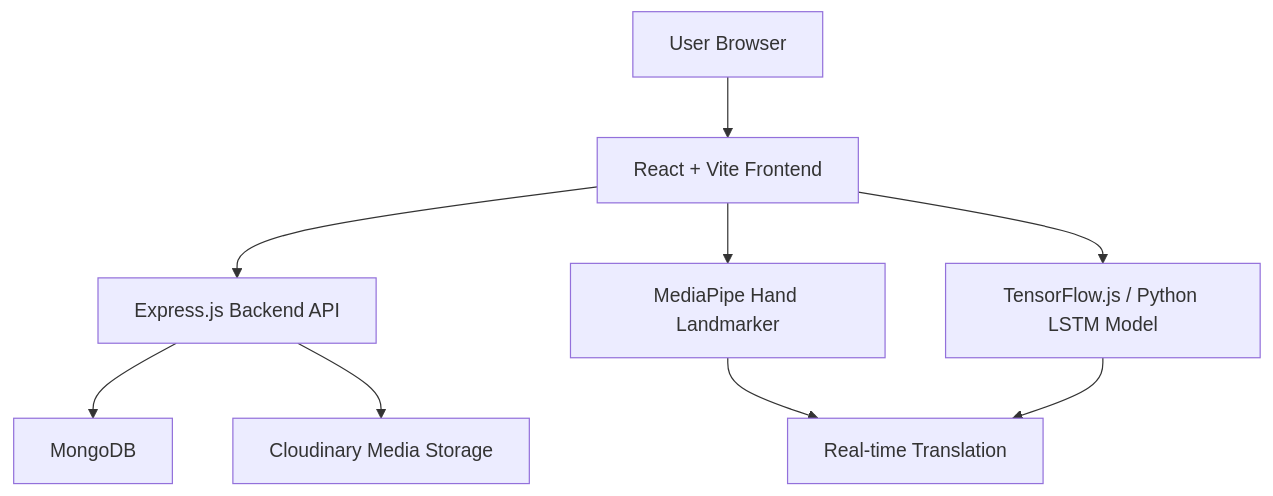
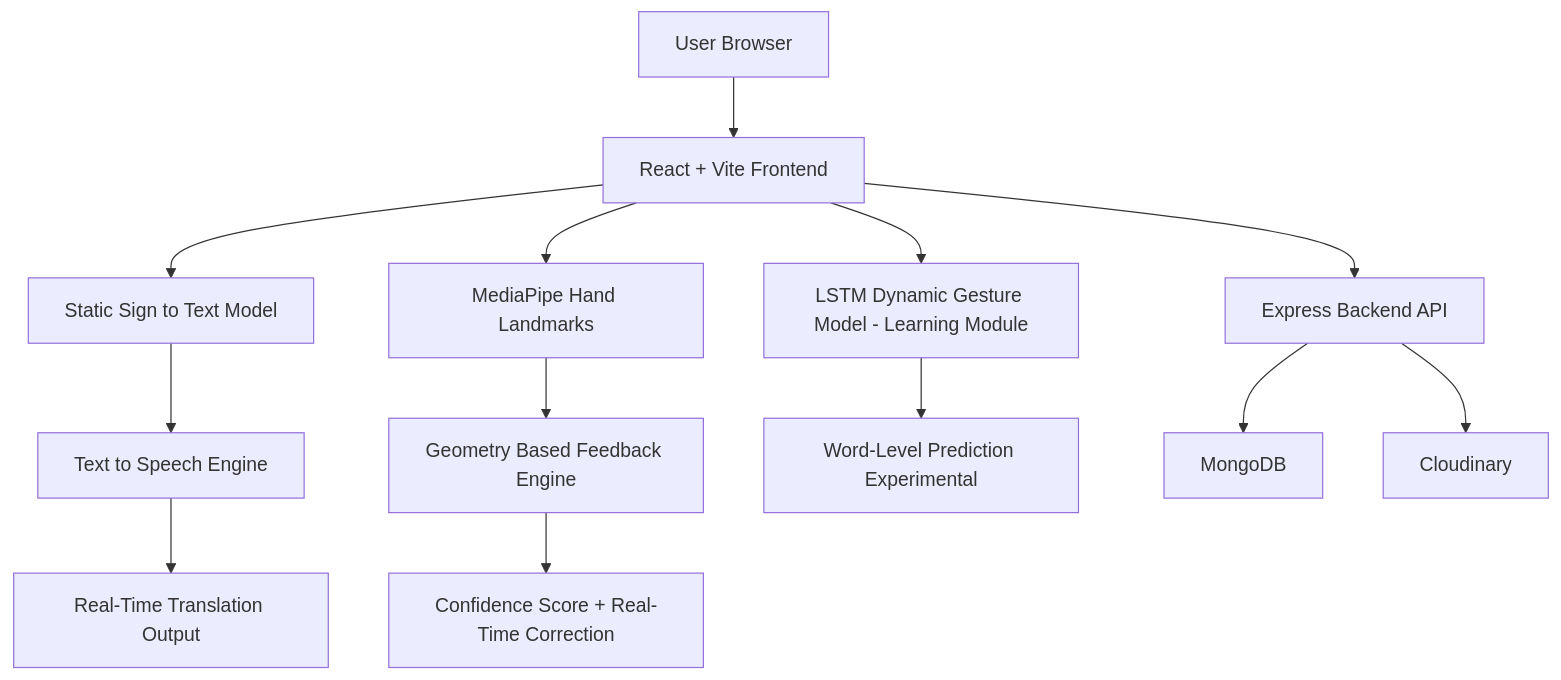
The diagram in README.md (annuuxoxo/SignSpeak_Inheritance), drawn with Mermaid before and after one commit.

Commit message:
Update system architecture in README.md
Expanded system architecture diagram to include additional models and components.

````diff
--- a/README.md
+++ b/README.md
@@ -52,10 +52,19 @@
 ```mermaid
 graph TD
     A[User Browser] --> B[React + Vite Frontend]
-    B --> C[Express.js Backend API]
-    C --> D[MongoDB]
-    C --> E[Cloudinary Media Storage]
-    B --> F[MediaPipe Hand Landmarker]
-    B --> G[TensorFlow.js / Python LSTM Model]
-    F & G --> H[Real-time Translation]
+
+    B --> C1[Static Sign to Text Model]
+    C1 --> C2[Text to Speech Engine]
+    C2 --> H1[Real-Time Translation Output]
+
+    B --> D1[MediaPipe Hand Landmarks]
+    D1 --> D2[Geometry Based Feedback Engine]
+    D2 --> H2[Confidence Score + Real-Time Correction]
+
+    B --> E1["LSTM Dynamic Gesture Model - Learning Module"]
+    E1 --> H3[Word-Level Prediction Experimental]
+
+    B --> F[Express Backend API]
+    F --> G[MongoDB]
+    F --> I[Cloudinary]
 ```
````
